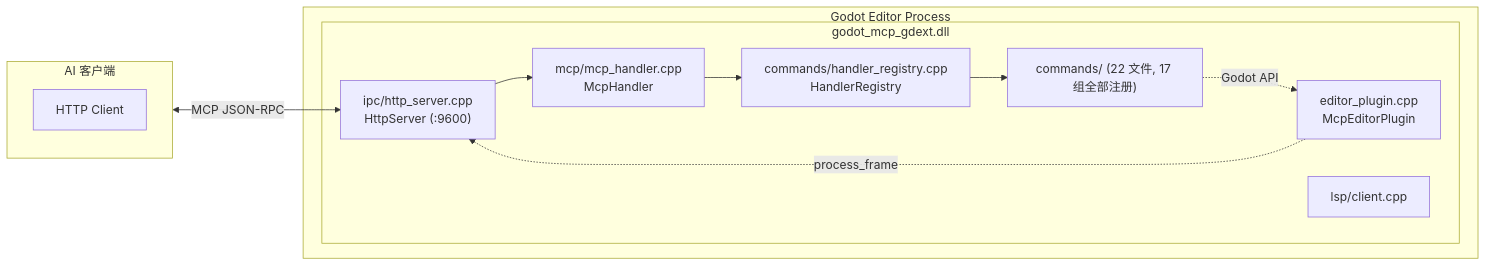
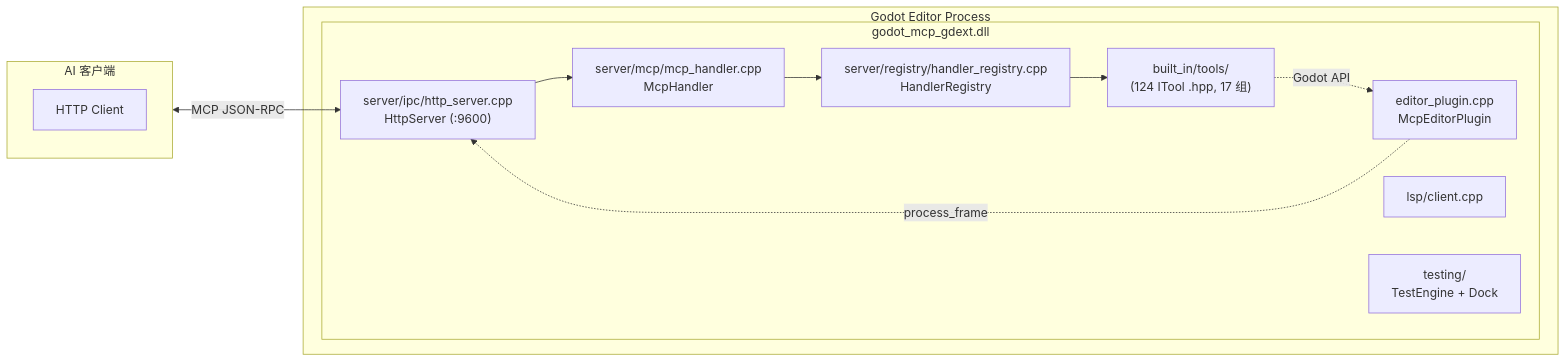
Before and after one commit to jesspig/GodotMCP-GDExtension: the diagram in .repo_wiki/extensions/gdext.md, drawn with Mermaid. The commit also changed other lines of this file and 8 other files, not shown here.

````diff
--- a/.repo_wiki/extensions/gdext.md
+++ b/.repo_wiki/extensions/gdext.md
@@ -5,24 +5,25 @@
 ```mermaid
 flowchart LR
     subgraph Godot["Godot Editor Process"]
         subgraph DLL["godot_mcp_gdext.dll"]
             EP["editor_plugin.cpp<br/>McpEditorPlugin"]
-            HTTP["ipc/http_server.cpp<br/>HttpServer (:9600)"]
-            MCP["mcp/mcp_handler.cpp<br/>McpHandler"]
-            REG["commands/handler_registry.cpp<br/>HandlerRegistry"]
-            CMDS["commands/ (22 文件, 17 组全部注册)"]
+            HTTP["server/ipc/http_server.cpp<br/>HttpServer (:9600)"]
+            MCP["server/mcp/mcp_handler.cpp<br/>McpHandler"]
+            REG["server/registry/handler_registry.cpp<br/>HandlerRegistry"]
+            TOOLS["built_in/tools/<br/>(124 ITool .hpp, 17 组)"]
             LSP["lsp/client.cpp"]
+            TEST["testing/<br/>TestEngine + Dock"]
         end
     end
     
     subgraph AIClient["AI 客户端"]
         HTTPCL["HTTP Client"]
     end
     
     AIClient <-->|MCP JSON-RPC| HTTP
     HTTP --> MCP
     MCP --> REG
-    REG --> CMDS
-    CMDS -.->|Godot API| EP
+    REG --> TOOLS
+    TOOLS -.->|Godot API| EP
     EP -.->|process_frame| HTTP
 ```
````
